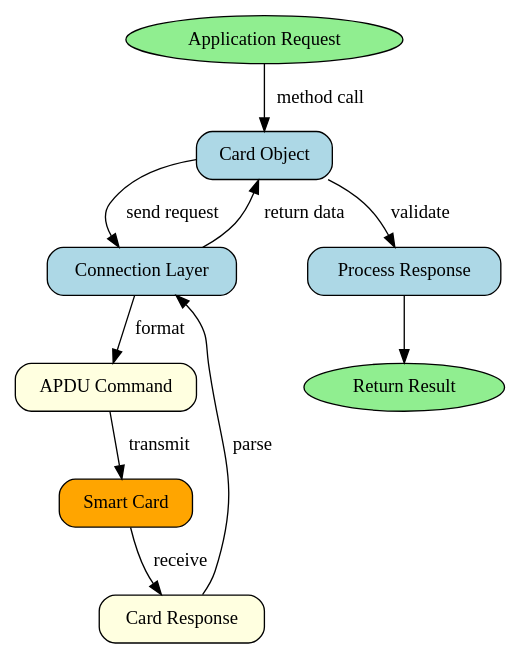
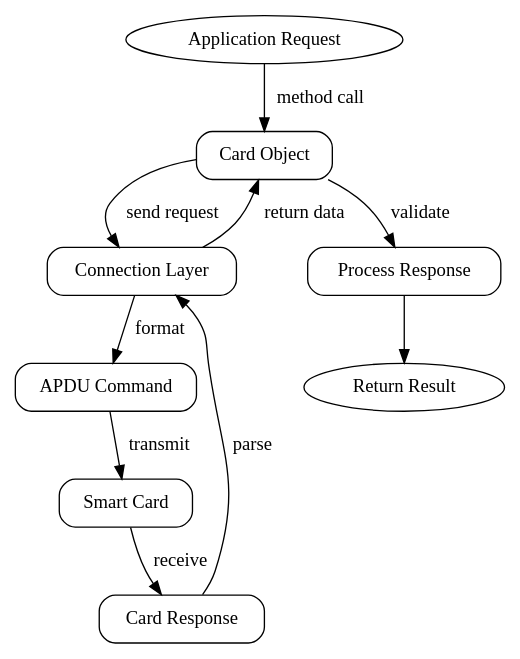
Before and after one commit to Cryptnox-Software/cryptnoxpy: the sixth of 8 diagrams in docs/class_diagrams.rst, drawn with Graphviz. The commit also changed other lines of this file and 2 other files, not shown here.

Commit message:
Add class diagrams, fix diagram sizing issues, center diagrams and convert to black and white

```diff
--- a/docs/class_diagrams.rst
+++ b/docs/class_diagrams.rst
@@ -146,26 +242,27 @@
 .. graphviz::
    :caption: Card Operation Data Flow
 
    digraph card_operation_flow {
       rankdir=TB;
-      node [shape=box, style="rounded,filled", fillcolor=lightblue];
+      node [shape=box, style="rounded", color=black, fontcolor=black];
+      edge [color=black];
       
-      Start [label="Application Request", shape=ellipse, fillcolor=lightgreen];
+      Start [label="Application Request", shape=ellipse];
       Card [label="Card Object"];
       Connection [label="Connection Layer"];
-      APDU [label="APDU Command", fillcolor=lightyellow];
-      SmartCard [label="Smart Card", fillcolor=orange];
-      Response [label="Card Response", fillcolor=lightyellow];
+      APDU [label="APDU Command"];
+      SmartCard [label="Smart Card"];
+      Response [label="Card Response"];
       Process [label="Process Response"];
-      Result [label="Return Result", shape=ellipse, fillcolor=lightgreen];
+      Result [label="Return Result", shape=ellipse];
       
       Start -> Card [label="method call"];
       Card -> Connection [label="send request"];
       Connection -> APDU [label="format"];
       APDU -> SmartCard [label="transmit"];
       SmartCard -> Response [label="receive"];
       Response -> Connection [label="parse"];
       Connection -> Card [label="return data"];
       Card -> Process [label="validate"];
       Process -> Result;
    }
```
